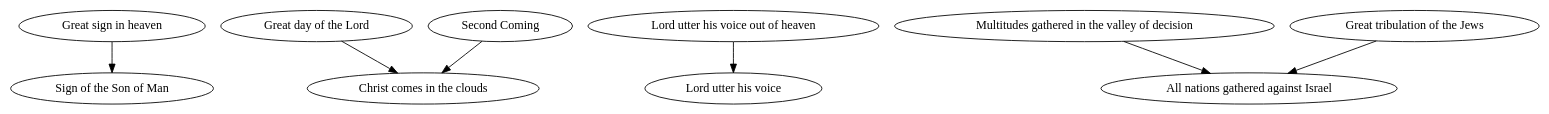
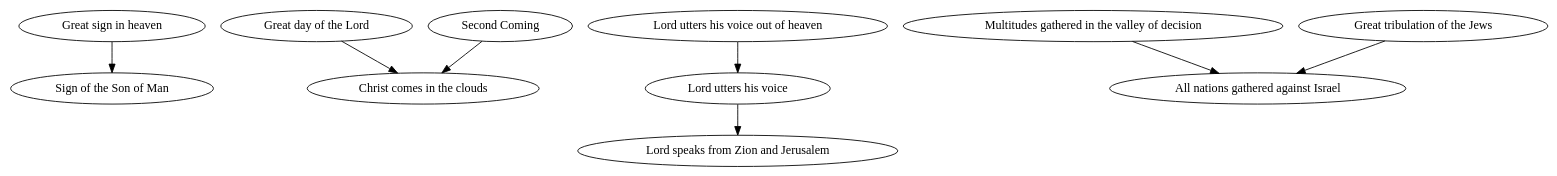
Before and after one commit to justincy/signs-of-the-second-coming: the diagram in synonyms/synonyms.gv, drawn with Graphviz. The commit also changed 3 other files, not shown here.

Commit message:
Synonym: lord utters his voice and speaks from zion and jerusalem

```diff
--- a/synonyms/synonyms.gv
+++ b/synonyms/synonyms.gv
@@ -1,32 +1,33 @@
 # List of signs that I believe are synonyms.
 #
 # My reasoning for considering two signs as synonyms
 # is documented elsewhere. This list is used to 
 # programatically simplify the full graph by 
 # collapsing synonyms.
 #
 # In each (a -> b) pair, the sign on the left will
 # be replaced in the graph by the sign on the right.
 
 digraph {
   "Great sign in heaven" -> "Sign of the Son of Man"
 
   # D&C 34:7-8
   "Great day of the Lord" -> "Christ comes in the clouds"
 
   "Second Coming" -> "Christ comes in the clouds"
 
-  "Lord utter his voice out of heaven" -> "Lord utter his voice"
+  "Lord utters his voice out of heaven" -> "Lord utters his voice"
+  "Lord utters his voice" -> "Lord speaks from Zion and Jerusalem"
 
   "Multitudes gathered in the valley of decision" -> "All nations gathered against Israel"
 
   # D&C 84:2
   # "Christ visits New Jerusalem" doesn't exist in the graph so the script blows up.
   # I just want to rename it, because "Christ visits New Jerusalem" is easier to
   # understand than "Christ stands on Mount Zion". Not everyone knows what
   # Mount Zion is, and they may confuse it with the prophecy about Christ standing
   # on the Mount of Olives.
   # "Christ stands on Mount Zion" -> "Christ visits New Jerusalem"
 
   "Great tribulation of the Jews" -> "All nations gathered against Israel"
 }
```
